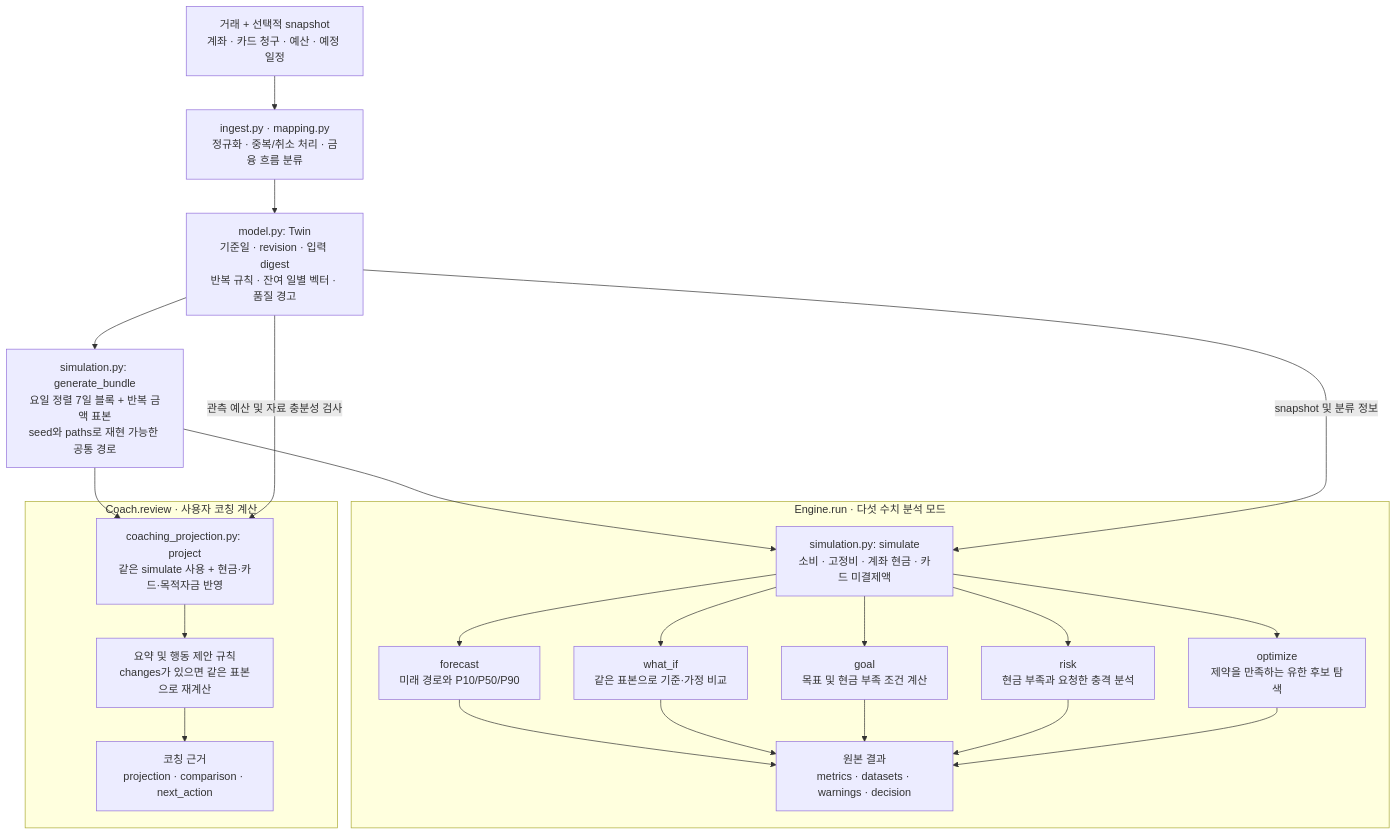
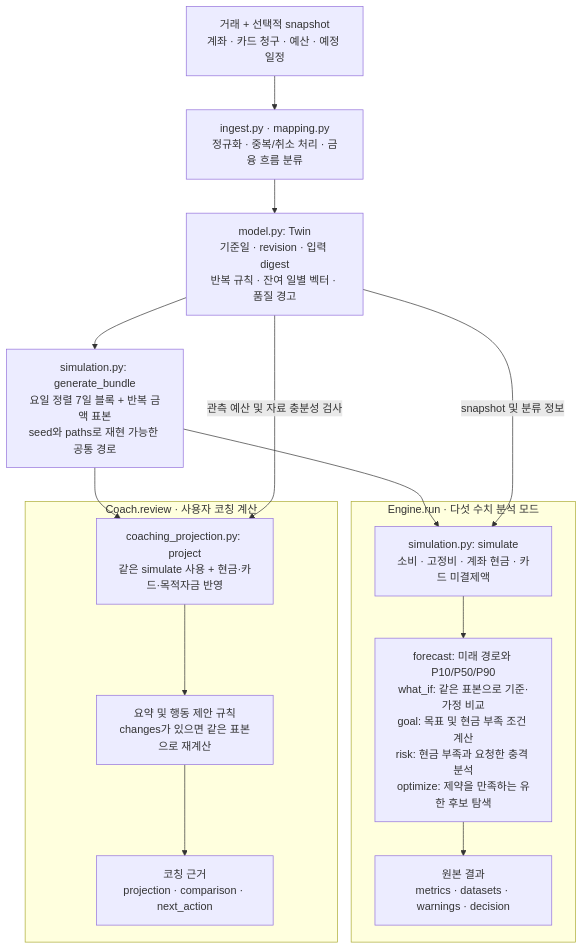
The second of 3 diagrams in ai/coaching/docs/architecture.md (dfizae/KeyFin), drawn with Mermaid before and after one commit.

Commit message:
docs(ai): FDT 분석 도식의 가독성을 개선한다

````diff
--- a/ai/coaching/docs/architecture.md
+++ b/ai/coaching/docs/architecture.md
@@ -48,35 +48,27 @@
 ```mermaid
 flowchart TB
     Input["거래 + 선택적 snapshot<br/>계좌 · 카드 청구 · 예산 · 예정 일정"]
     Normalize["ingest.py · mapping.py<br/>정규화 · 중복/취소 처리 · 금융 흐름 분류"]
     Twin["model.py: Twin<br/>기준일 · revision · 입력 digest<br/>반복 규칙 · 잔여 일별 벡터 · 품질 경고"]
     Bundle["simulation.py: generate_bundle<br/>요일 정렬 7일 블록 + 반복 금액 표본<br/>seed와 paths로 재현 가능한 공통 경로"]
     Input --> Normalize --> Twin --> Bundle
 
     subgraph Numeric["Engine.run · 다섯 수치 분석 모드"]
         Sim["simulation.py: simulate<br/>소비 · 고정비 · 계좌 현금 · 카드 미결제액"]
-        Forecast["forecast<br/>미래 경로와 P10/P50/P90"]
-        WhatIf["what_if<br/>같은 표본으로 기준·가정 비교"]
-        Goal["goal<br/>목표 및 현금 부족 조건 계산"]
-        Risk["risk<br/>현금 부족과 요청한 충격 분석"]
-        Optimize["optimize<br/>제약을 만족하는 유한 후보 탐색"]
+        Modes["forecast: 미래 경로와 P10/P50/P90<br/>what_if: 같은 표본으로 기준·가정 비교<br/>goal: 목표 및 현금 부족 조건 계산<br/>risk: 현금 부족과 요청한 충격 분석<br/>optimize: 제약을 만족하는 유한 후보 탐색"]
         NumericResult["원본 결과<br/>metrics · datasets · warnings · decision"]
-        Sim --> Forecast --> NumericResult
-        Sim --> WhatIf --> NumericResult
-        Sim --> Goal --> NumericResult
-        Sim --> Risk --> NumericResult
-        Sim --> Optimize --> NumericResult
+        Sim --> Modes --> NumericResult
     end
 
     subgraph Coaching["Coach.review · 사용자 코칭 계산"]
         Project["coaching_projection.py: project<br/>같은 simulate 사용 + 현금·카드·목적자금 반영"]
         Advice["요약 및 행동 제안 규칙<br/>changes가 있으면 같은 표본으로 재계산"]
         CoachResult["코칭 근거<br/>projection · comparison · next_action"]
         Project --> Advice --> CoachResult
     end
 
     Bundle --> Sim
     Bundle --> Project
     Twin -->|"snapshot 및 분류 정보"| Sim
     Twin -->|"관측 예산 및 자료 충분성 검사"| Project
 ```
````
